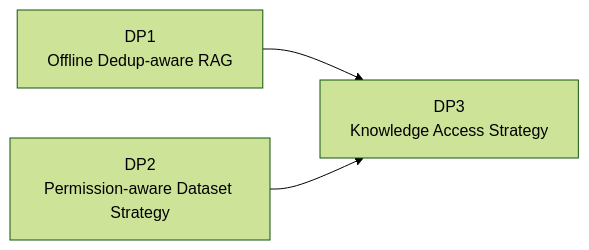
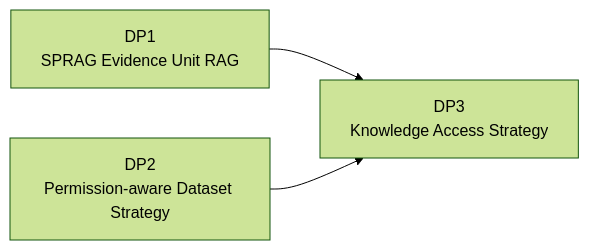
The first of 4 diagrams in doc/04_DP3_Knowledge_Access_Strategy.md (younlea/2026_architect_9B_team), drawn with Mermaid (forest theme) before and after one commit. The commit also changed other lines of this file and 5 other files, not shown here.

````diff
--- a/doc/04_DP3_Knowledge_Access_Strategy.md
+++ b/doc/04_DP3_Knowledge_Access_Strategy.md
@@ -13,5 +13,5 @@
 ```mermaid
 flowchart LR
-    A[DP1<br/>Offline Dedup-aware RAG] --> C[DP3<br/>Knowledge Access Strategy]
+    A[DP1<br/>SPRAG Evidence Unit RAG] --> C[DP3<br/>Knowledge Access Strategy]
     B[DP2<br/>Permission-aware Dataset Strategy] --> C
 ```
````
